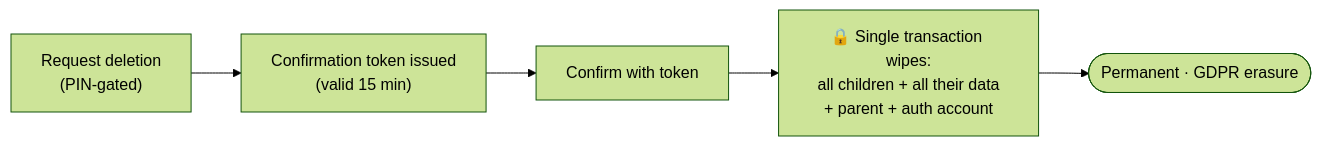
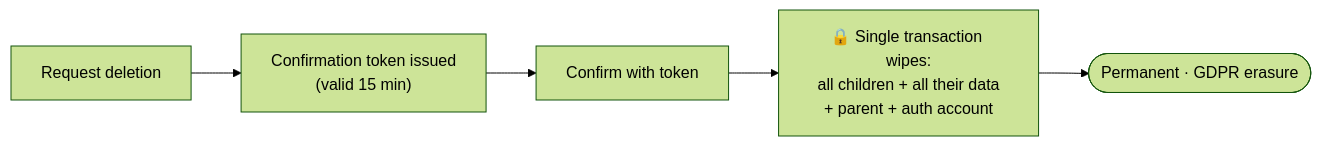
Before and after one commit to salmanbd100/kidlearn: diagram 21 of 28 in document/user-journey-manual.md, drawn with Mermaid (forest theme). The commit also changed other lines of this file and 15 other files, not shown here.

````diff
--- a/document/user-journey-manual.md
+++ b/document/user-journey-manual.md
@@ -573,7 +569,7 @@
 ```mermaid
 flowchart LR
-    Req["Request deletion<br/>(PIN-gated)"] --> Token["Confirmation token issued<br/>(valid 15 min)"]
+    Req["Request deletion"] --> Token["Confirmation token issued<br/>(valid 15 min)"]
     Token --> Confirm["Confirm with token"]
     Confirm --> Wipe["🔒 Single transaction wipes:<br/>all children + all their data<br/>+ parent + auth account"]
     Wipe --> Gone([Permanent · GDPR erasure])
 ```
````
